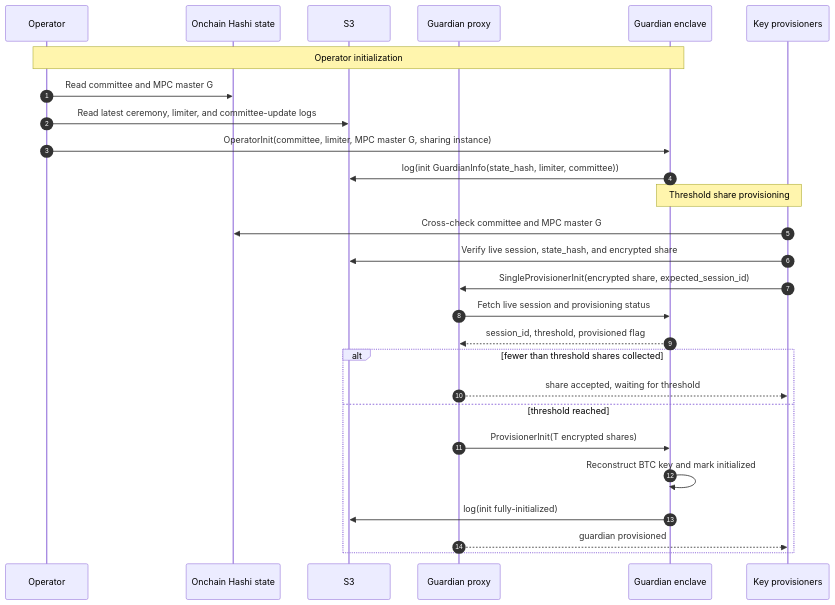
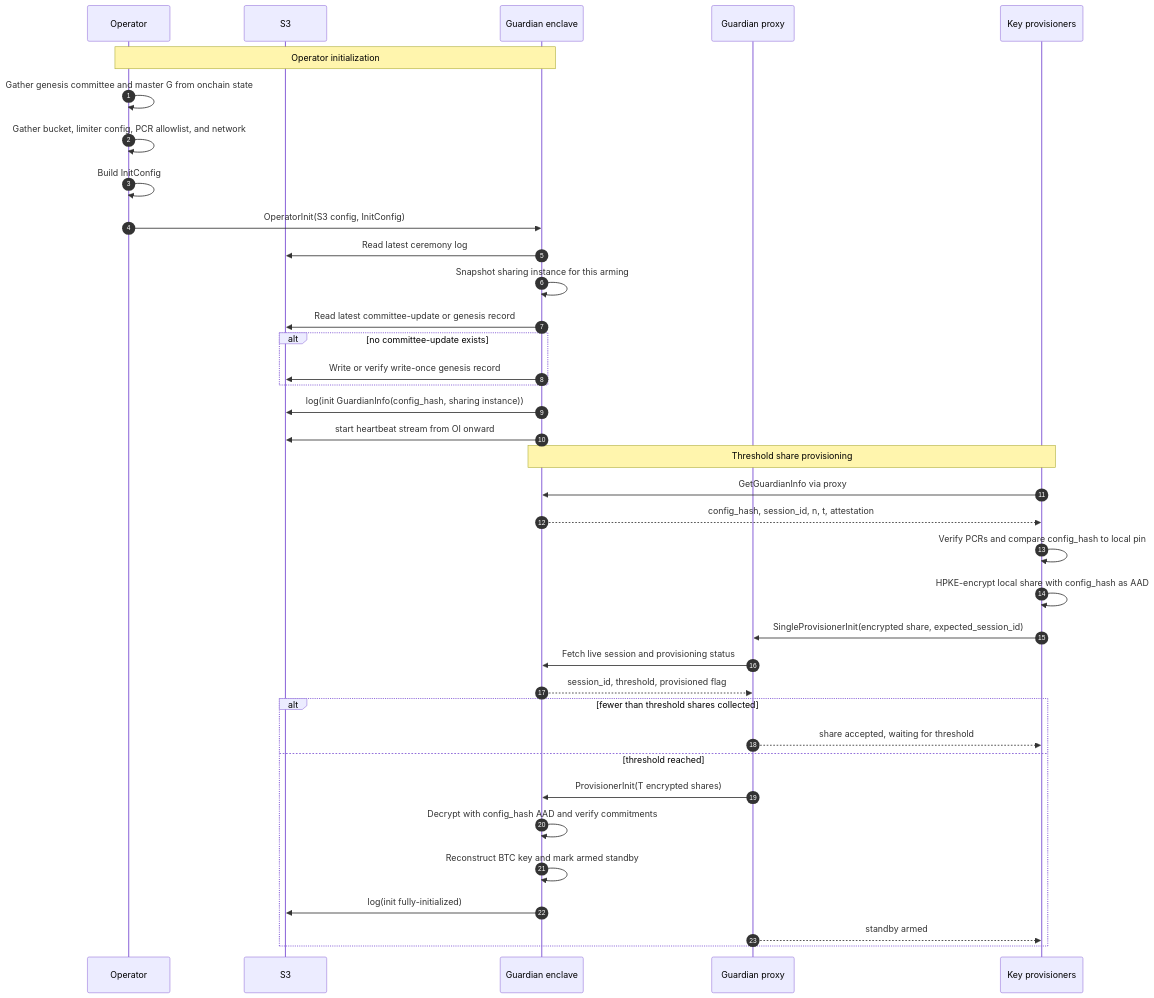
One commit to MystenLabs/hashi changed the second of 4 diagrams in design/docs/guardian.mdx. Above: the diagram before and after it, drawn with Mermaid. The commit also changed other lines of this file, not shown here.

Commit message:
docs: update guardian standby flow design

````diff
--- a/design/docs/guardian.mdx
+++ b/design/docs/guardian.mdx
@@ -68,32 +75,42 @@
 ```mermaid
 sequenceDiagram
     autonumber
 
     participant Operator
-    participant Onchain as Onchain Hashi state
     participant S3
+    participant Guardian as Guardian enclave
     participant Proxy as Guardian proxy
-    participant Guardian as Guardian enclave
     participant KPs as Key provisioners
 
     Note over Operator,Guardian: Operator initialization
-    Operator->>Onchain: Read committee and MPC master G
-    Operator->>S3: Read latest ceremony, limiter, and committee-update logs
-    Operator->>Guardian: OperatorInit(committee, limiter, MPC master G, sharing instance)
-    Guardian->>S3: log(init GuardianInfo(state_hash, limiter, committee))
+    Operator->>Operator: Gather genesis committee and master G from onchain state
+    Operator->>Operator: Gather bucket, limiter config, PCR allowlist, and network
+    Operator->>Operator: Build InitConfig
+    Operator->>Guardian: OperatorInit(S3 config, InitConfig)
+    Guardian->>S3: Read latest ceremony log
+    Guardian->>Guardian: Snapshot sharing instance for this arming
+    Guardian->>S3: Read latest committee-update or genesis record
+    alt no committee-update exists
+        Guardian->>S3: Write or verify write-once genesis record
+    end
+    Guardian->>S3: log(init GuardianInfo(config_hash, sharing instance))
+    Guardian->>S3: start heartbeat stream from OI onward
 
     Note over KPs,Guardian: Threshold share provisioning
-    KPs->>Onchain: Cross-check committee and MPC master G
-    KPs->>S3: Verify live session, state_hash, and encrypted share
+    KPs->>Guardian: GetGuardianInfo via proxy
+    Guardian-->>KPs: config_hash, session_id, n, t, attestation
+    KPs->>KPs: Verify PCRs and compare config_hash to local pin
+    KPs->>KPs: HPKE-encrypt local share with config_hash as AAD
     KPs->>Proxy: SingleProvisionerInit(encrypted share, expected_session_id)
     Proxy->>Guardian: Fetch live session and provisioning status
     Guardian-->>Proxy: session_id, threshold, provisioned flag
     alt fewer than threshold shares collected
         Proxy-->>KPs: share accepted, waiting for threshold
     else threshold reached
         Proxy->>Guardian: ProvisionerInit(T encrypted shares)
-        Guardian->>Guardian: Reconstruct BTC key and mark initialized
+        Guardian->>Guardian: Decrypt with config_hash AAD and verify commitments
+        Guardian->>Guardian: Reconstruct BTC key and mark armed standby
         Guardian->>S3: log(init fully-initialized)
-        Proxy-->>KPs: guardian provisioned
+        Proxy-->>KPs: standby armed
     end
 ```
````
